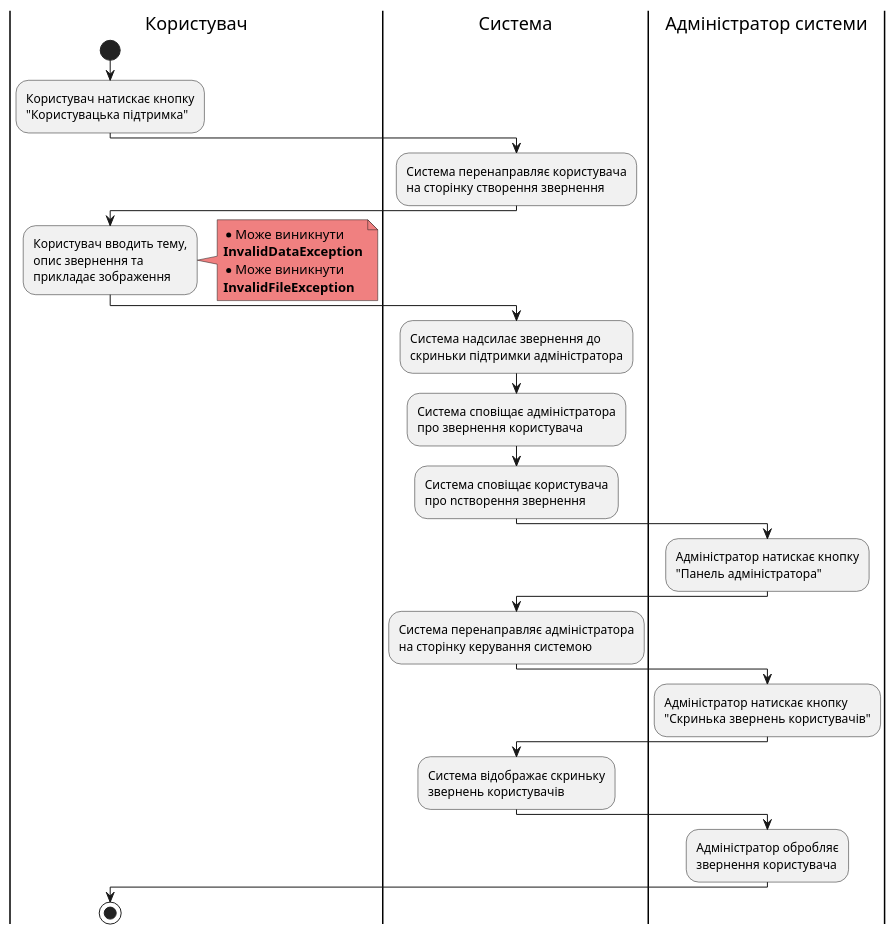
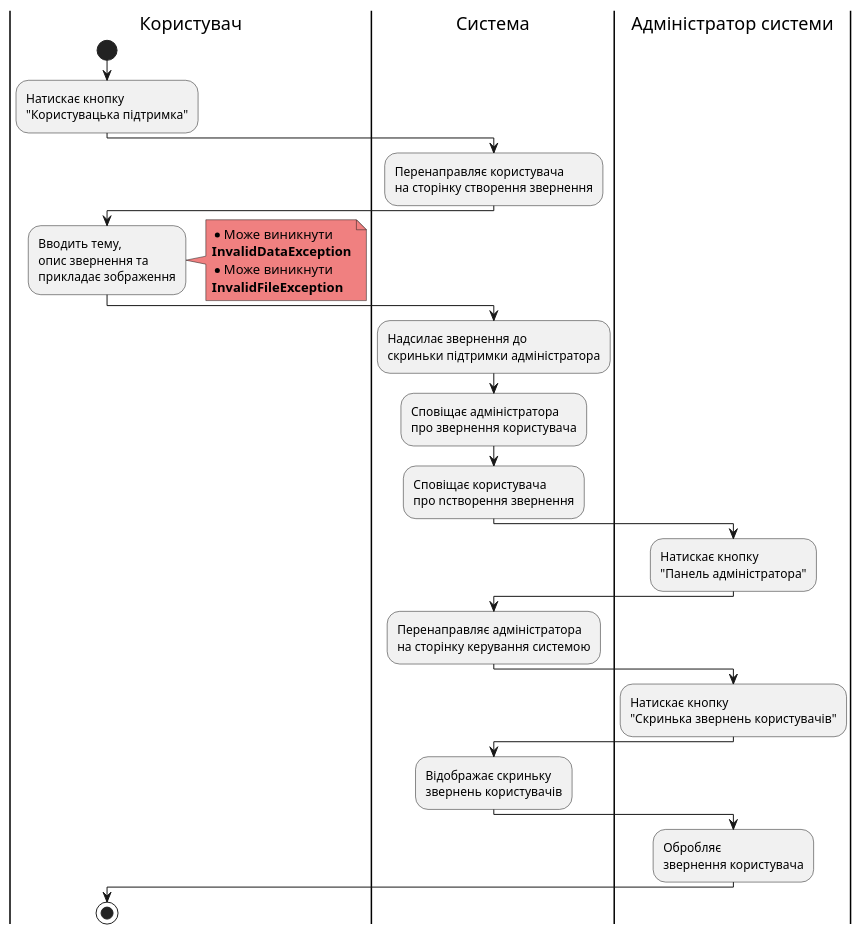
One commit to samoilenkomariia/db-coursework changed the ninth of 9 diagrams in docs/use cases/README.md. Above: the diagram before and after it, drawn with PlantUML. The commit also changed other lines of this file, not shown here.

Commit message:
edited activity diagrams README.md

```diff
--- a/docs/use cases/README.md
+++ b/docs/use cases/README.md
@@ -358,33 +358,33 @@
 @startuml
     
       |Користувач|
       start
-      :Користувач натискає кнопку\n"Користувацька підтримка";
+      :Натискає кнопку\n"Користувацька підтримка";
       |Система|
-      :Система перенаправляє користувача\nна сторінку створення звернення;
+      :Перенаправляє користувача\nна сторінку створення звернення;
       |Користувач|
-      :Користувач вводить тему,\nопис звернення та\nприкладає зображення;
+      :Вводить тему,\nопис звернення та\nприкладає зображення;
       note right #lightcoral
         * Може виникнути
         <b>InvalidDataException</b>
         * Може виникнути
         <b>InvalidFileException</b>
       end note
       |Система|
-      :Система надсилає звернення до\nскриньки підтримки адміністратора;
-      :Система сповіщає адміністратора\nпро звернення користувача;
-      :Система сповіщає користувача\nпро nстворення звернення;
+      :Надсилає звернення до\nскриньки підтримки адміністратора;
+      :Сповіщає адміністратора\nпро звернення користувача;
+      :Сповіщає користувача\nпро nстворення звернення;
       |Адміністратор системи|
-      :Адміністратор натискає кнопку\n"Панель адміністратора";
+      :Натискає кнопку\n"Панель адміністратора";
       |Система|
-      :Система перенаправляє адміністратора\nна сторінку керування системою;
+      :Перенаправляє адміністратора\nна сторінку керування системою;
       |Адміністратор системи|
-      :Адміністратор натискає кнопку\n"Скринька звернень користувачів";
+      :Натискає кнопку\n"Скринька звернень користувачів";
       |Система|
-      :Система відображає скриньку\nзвернень користувачів;
+      :Відображає скриньку\nзвернень користувачів;
       |Адміністратор системи|
-      :Адміністратор обробляє\nзвернення користувача;
+      :Обробляє\nзвернення користувача;
       |Користувач|
       stop
 
 @enduml
```
